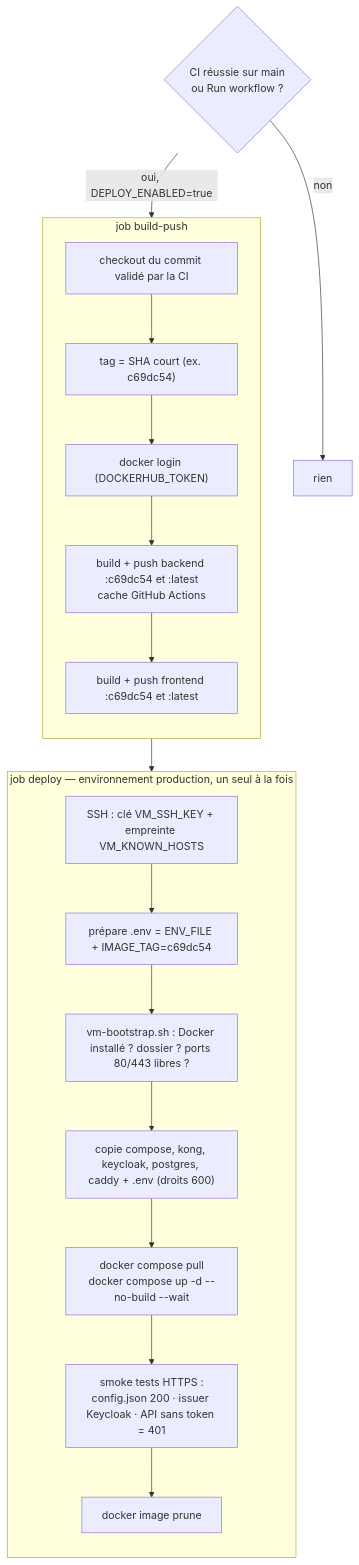
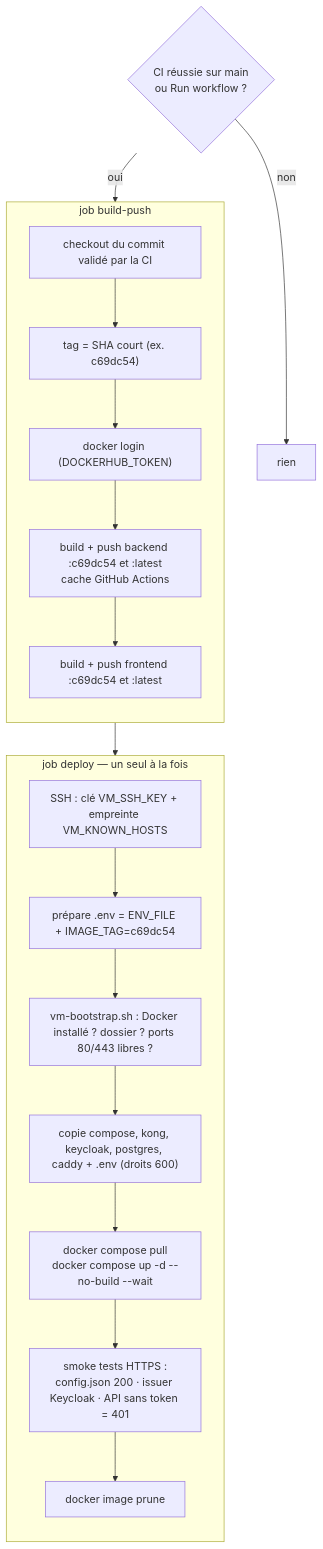
One commit to fouziasalah/petites-annonces changed the third of 3 diagrams in docs/03-pipeline-ci-cd.md. Above: the diagram before and after it, drawn with Mermaid. The commit also changed other lines of this file and 3 other files, not shown here.

First line of the commit message:
ci(cd): suppression de l'environnement production et de DEPLOY_ENABLED

````diff
--- a/docs/03-pipeline-ci-cd.md
+++ b/docs/03-pipeline-ci-cd.md
@@ -159,22 +157,22 @@
 ```mermaid
 flowchart TB
     S{"CI réussie sur main<br/>ou Run workflow ?"} -->|non| X["rien"]
-    S -->|oui, DEPLOY_ENABLED=true| BP
+    S -->|oui| BP
     subgraph BP["job build-push"]
       direction TB
       b1["checkout du commit validé par la CI"] --> b2["tag = SHA court (ex. c69dc54)"]
       b2 --> b3["docker login (DOCKERHUB_TOKEN)"]
       b3 --> b4["build + push backend :c69dc54 et :latest<br/>cache GitHub Actions"]
       b4 --> b5["build + push frontend :c69dc54 et :latest"]
     end
     BP --> DP
-    subgraph DP["job deploy — environnement production, un seul à la fois"]
+    subgraph DP["job deploy — un seul à la fois"]
       direction TB
       d1["SSH : clé VM_SSH_KEY + empreinte VM_KNOWN_HOSTS"] --> d2["prépare .env = ENV_FILE + IMAGE_TAG=c69dc54"]
       d2 --> d3["vm-bootstrap.sh : Docker installé ? dossier ? ports 80/443 libres ?"]
       d3 --> d4["copie compose, kong, keycloak, postgres, caddy + .env (droits 600)"]
       d4 --> d5["docker compose pull<br/>docker compose up -d --no-build --wait"]
       d5 --> d6["smoke tests HTTPS :<br/>config.json 200 · issuer Keycloak · API sans token = 401"]
       d6 --> d7["docker image prune"]
     end
 ```
````
